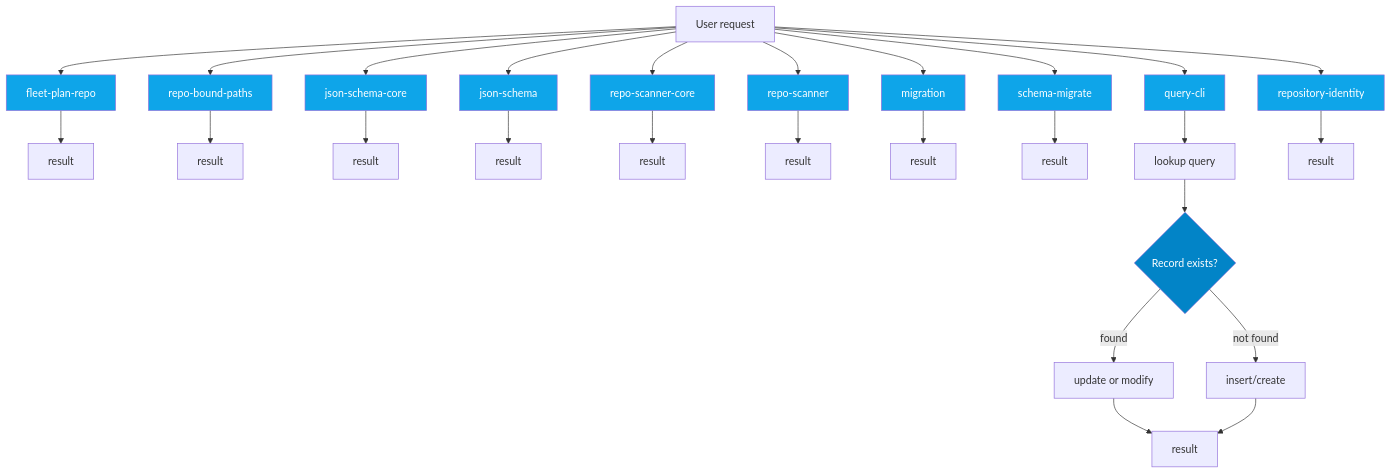
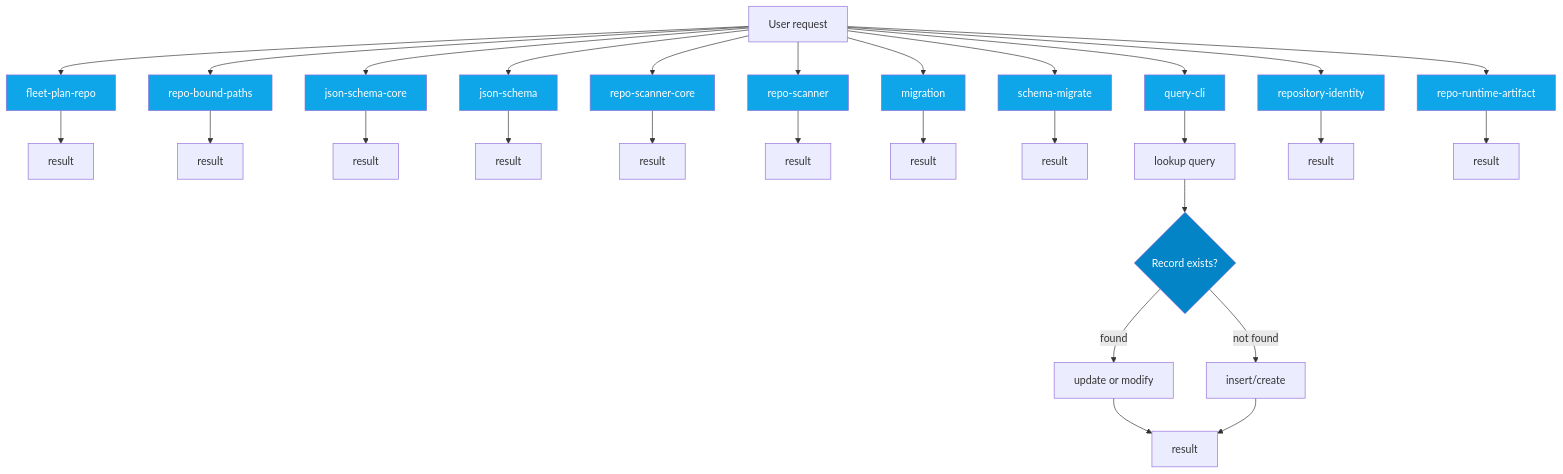
One commit to jscraik/coding-harness changed the sixth of 14 diagrams in AI/context/diagram-context.md. Above: the diagram before and after it, drawn with Mermaid. The commit also changed other lines of this file and 59 other files, not shown here.

````diff
--- a/AI/context/diagram-context.md
+++ b/AI/context/diagram-context.md
@@ -426,45 +398,48 @@
 ```mermaid
 flowchart TD
   UserRequest["User request"]
   Decision{Record exists?}
   fleet_plan_repo_ecdc6499["fleet-plan-repo"]
   UserRequest --> fleet_plan_repo_ecdc6499
   fleet_plan_repo_ecdc6499 --> fleet_plan_repo_ecdc6499_result["result"]
   repo_bound_paths_e218b5b3["repo-bound-paths"]
   UserRequest --> repo_bound_paths_e218b5b3
   repo_bound_paths_e218b5b3 --> repo_bound_paths_e218b5b3_result["result"]
   json_schema_core_96d7e328["json-schema-core"]
   UserRequest --> json_schema_core_96d7e328
   json_schema_core_96d7e328 --> json_schema_core_96d7e328_result["result"]
   json_schema_74a768d7["json-schema"]
   UserRequest --> json_schema_74a768d7
   json_schema_74a768d7 --> json_schema_74a768d7_result["result"]
   repo_scanner_core_8e9f7646["repo-scanner-core"]
   UserRequest --> repo_scanner_core_8e9f7646
   repo_scanner_core_8e9f7646 --> repo_scanner_core_8e9f7646_result["result"]
   repo_scanner_a8b2579e["repo-scanner"]
   UserRequest --> repo_scanner_a8b2579e
   repo_scanner_a8b2579e --> repo_scanner_a8b2579e_result["result"]
   migration_8a6cead4["migration"]
   UserRequest --> migration_8a6cead4
   migration_8a6cead4 --> migration_8a6cead4_result["result"]
   schema_migrate_c0646635["schema-migrate"]
   UserRequest --> schema_migrate_c0646635
   schema_migrate_c0646635 --> schema_migrate_c0646635_result["result"]
   query_cli_b95be64d["query-cli"]
   UserRequest --> query_cli_b95be64d
   query_cli_b95be64d --> query_cli_b95be64d_lookup["lookup query"]
   query_cli_b95be64d_lookup --> Decision
   Decision -->|found| query_cli_b95be64d_update["update or modify"]
   Decision -->|not found| query_cli_b95be64d_create["insert/create"]
   query_cli_b95be64d_update --> query_cli_b95be64d_result["result"]
   query_cli_b95be64d_create --> query_cli_b95be64d_result["result"]
   repository_identity_9dc13d37["repository-identity"]
   UserRequest --> repository_identity_9dc13d37
   repository_identity_9dc13d37 --> repository_identity_9dc13d37_result["result"]
+  repo_runtime_artifact_139c0fbd["repo-runtime-artifact"]
+  UserRequest --> repo_runtime_artifact_139c0fbd
+  repo_runtime_artifact_139c0fbd --> repo_runtime_artifact_139c0fbd_result["result"]
   classDef dbNode fill:#0ea5e9,color:#fff
-  class fleet_plan_repo_ecdc6499,repo_bound_paths_e218b5b3,json_schema_core_96d7e328,json_schema_74a768d7,repo_scanner_core_8e9f7646,repo_scanner_a8b2579e,migration_8a6cead4,schema_migrate_c0646635,query_cli_b95be64d,repository_identity_9dc13d37 dbNode
+  class fleet_plan_repo_ecdc6499,repo_bound_paths_e218b5b3,json_schema_core_96d7e328,json_schema_74a768d7,repo_scanner_core_8e9f7646,repo_scanner_a8b2579e,migration_8a6cead4,schema_migrate_c0646635,query_cli_b95be64d,repository_identity_9dc13d37,repo_runtime_artifact_139c0fbd dbNode
   classDef decisionNode fill:#0284c7,color:#fff
   class Decision decisionNode
 
 ```
````
